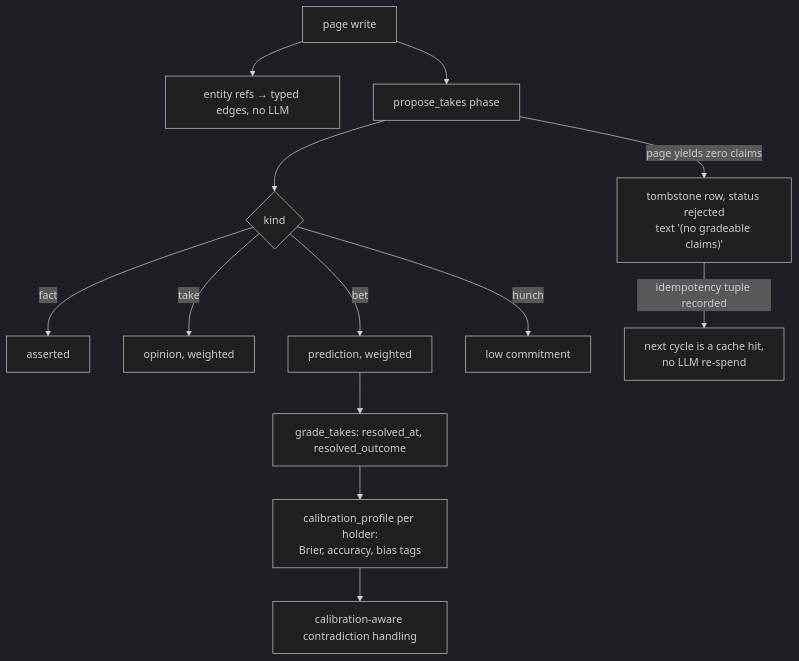
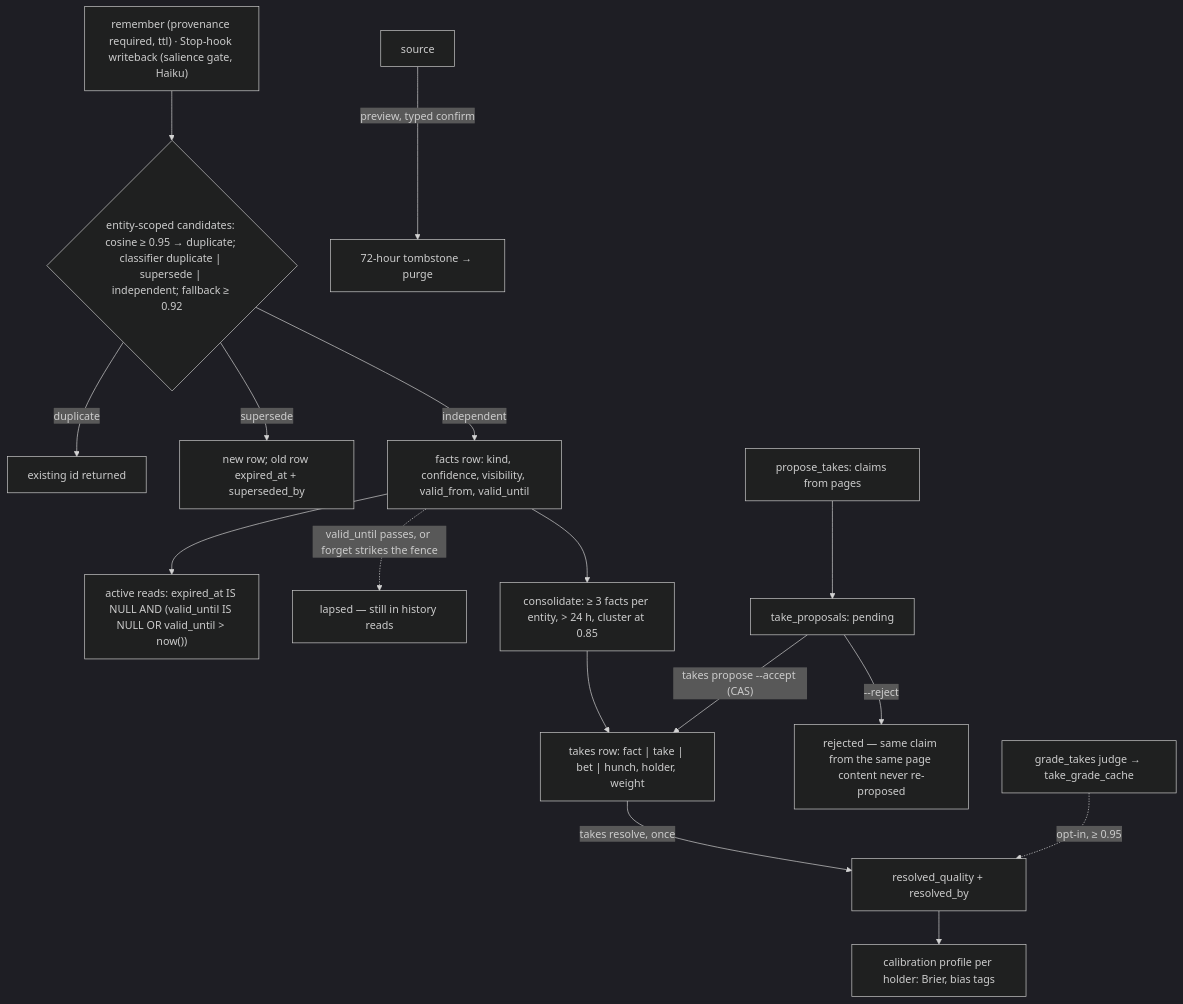
The diagram in content/systems/gbrain.md (neoneye/agent-memory-atlas), drawn with Mermaid (dark theme) before and after one commit. The commit also changed other lines of this file and 397 other files, not shown here.

````diff
--- a/content/systems/gbrain.md
+++ b/content/systems/gbrain.md
@@ -90,16 +128,19 @@
 ```mermaid
-%% caption: a page yielding no gradeable claims writes a rejected tombstone with an idempotency tuple, so the next cycle is a cache hit instead of a repeated model call; predictions are graded into a per-holder calibration profile
+%% caption: facts arrive through remember or an opt-in ambient writeback, pass a cosine fast path and a classifier, decay by kind and lapse at read time with history kept; the cycle proposes takes from pages into a queue only a person drains; a bet is resolved once and its outcome scores its holder; a source dies through a preview and a tombstone
 flowchart TD
-    P["page write"] --> G["entity refs → typed edges, no LLM"]
-    P --> PT["propose_takes phase"]
-    PT --> K{"kind"}
-    K -->|fact| F["asserted"]
-    K -->|take| TK["opinion, weighted"]
-    K -->|bet| B["prediction, weighted"]
-    K -->|hunch| HU["low commitment"]
-    PT -->|"page yields zero claims"| TS["tombstone row, status rejected<br/>text '(no gradeable claims)'"]
-    TS -->|"idempotency tuple recorded"| NC["next cycle is a cache hit,<br/>no LLM re-spend"]
-    B --> GR["grade_takes: resolved_at, resolved_outcome"]
-    GR --> CP["calibration_profile per holder:<br/>Brier, accuracy, bias tags"]
-    CP --> E3["calibration-aware contradiction handling"]
+    W["remember (provenance required, ttl) · Stop-hook writeback (salience gate, Haiku)"] --> D{"entity-scoped candidates: cosine ≥ 0.95 → duplicate; classifier duplicate | supersede | independent; fallback ≥ 0.92"}
+    D -- duplicate --> DUP["existing id returned"]
+    D -- supersede --> SUP["new row; old row expired_at + superseded_by"]
+    D -- independent --> F["facts row: kind, confidence, visibility, valid_from, valid_until"]
+    F --> R["active reads: expired_at IS NULL AND (valid_until IS NULL OR valid_until > now())"]
+    F -. "valid_until passes, or forget strikes the fence" .-> L["lapsed — still in history reads"]
+    F --> C["consolidate: ≥ 3 facts per entity, > 24 h, cluster at 0.85"]
+    C --> T["takes row: fact | take | bet | hunch, holder, weight"]
+    P["propose_takes: claims from pages"] --> Q["take_proposals: pending"]
+    Q -- "takes propose --accept (CAS)" --> T
+    Q -- "--reject" --> X["rejected — same claim from the same page content never re-proposed"]
+    T -- "takes resolve, once" --> B["resolved_quality + resolved_by"]
+    B --> S["calibration profile per holder: Brier, bias tags"]
+    G["grade_takes judge → take_grade_cache"] -. "opt-in, ≥ 0.95" .-> B
+    SRC["source"] -- "preview, typed confirm" --> TB["72-hour tombstone → purge"]
 ```
````
